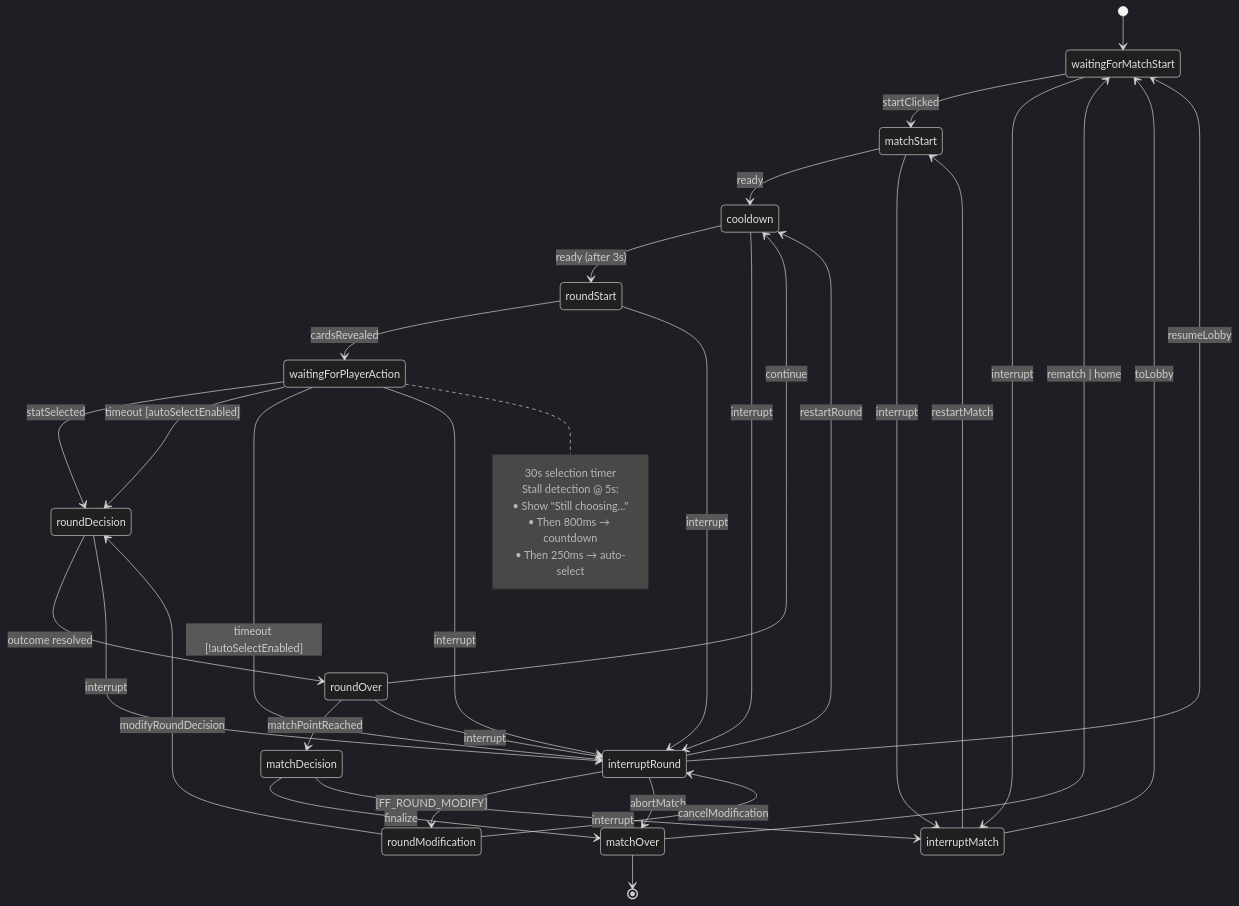
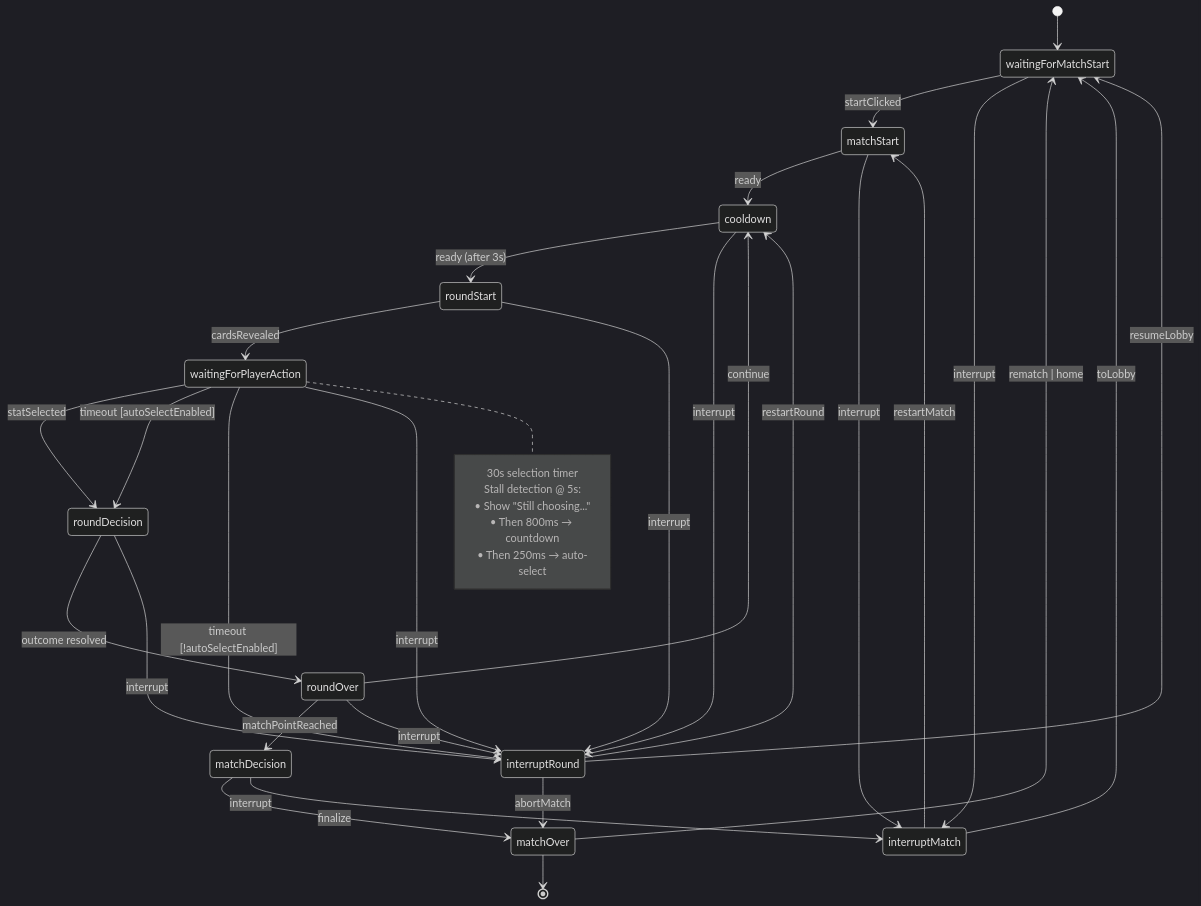
Before and after one commit to CyanAutomation/judokon: the first of 2 diagrams in design/productRequirementsDocuments/prdStateHandler.md, drawn with Mermaid (dark theme). The commit also changed other lines of this file and 10 other files, not shown here.

First line of the commit message:
Extract roundModification into feature-flagged overlay and keep core flow clean (#5575)

````diff
--- a/design/productRequirementsDocuments/prdStateHandler.md
+++ b/design/productRequirementsDocuments/prdStateHandler.md
@@ -65,53 +65,49 @@
 ```mermaid
 stateDiagram-v2
   [*] --> waitingForMatchStart
 
   waitingForMatchStart --> matchStart: startClicked
   waitingForMatchStart --> interruptMatch: interrupt
 
   matchStart --> cooldown: ready
   matchStart --> interruptMatch: interrupt
 
   cooldown --> roundStart: ready (after 3s)
   cooldown --> interruptRound: interrupt
 
   roundStart --> waitingForPlayerAction: cardsRevealed
   roundStart --> interruptRound: interrupt
 
   waitingForPlayerAction --> roundDecision: statSelected
   waitingForPlayerAction --> roundDecision: timeout [autoSelectEnabled]
   waitingForPlayerAction --> interruptRound: timeout [!autoSelectEnabled]
   waitingForPlayerAction --> interruptRound: interrupt
 
   note right of waitingForPlayerAction
     30s selection timer
     Stall detection @ 5s:
     • Show "Still choosing..."
     • Then 800ms → countdown
     • Then 250ms → auto-select
   end note
 
   roundDecision --> roundOver: outcome resolved
   roundDecision --> interruptRound: interrupt
 
   roundOver --> cooldown: continue
   roundOver --> matchDecision: matchPointReached
   roundOver --> interruptRound: interrupt
 
   matchDecision --> matchOver: finalize
   matchDecision --> interruptMatch: interrupt
 
   matchOver --> waitingForMatchStart: rematch | home
   matchOver --> [*]
 
-  interruptRound --> roundModification: [FF_ROUND_MODIFY]
   interruptRound --> cooldown: restartRound
   interruptRound --> waitingForMatchStart: resumeLobby
   interruptRound --> matchOver: abortMatch
 
-  roundModification --> roundDecision: modifyRoundDecision
-  roundModification --> interruptRound: cancelModification
-
   interruptMatch --> matchStart: restartMatch
   interruptMatch --> waitingForMatchStart: toLobby
 ```
````
